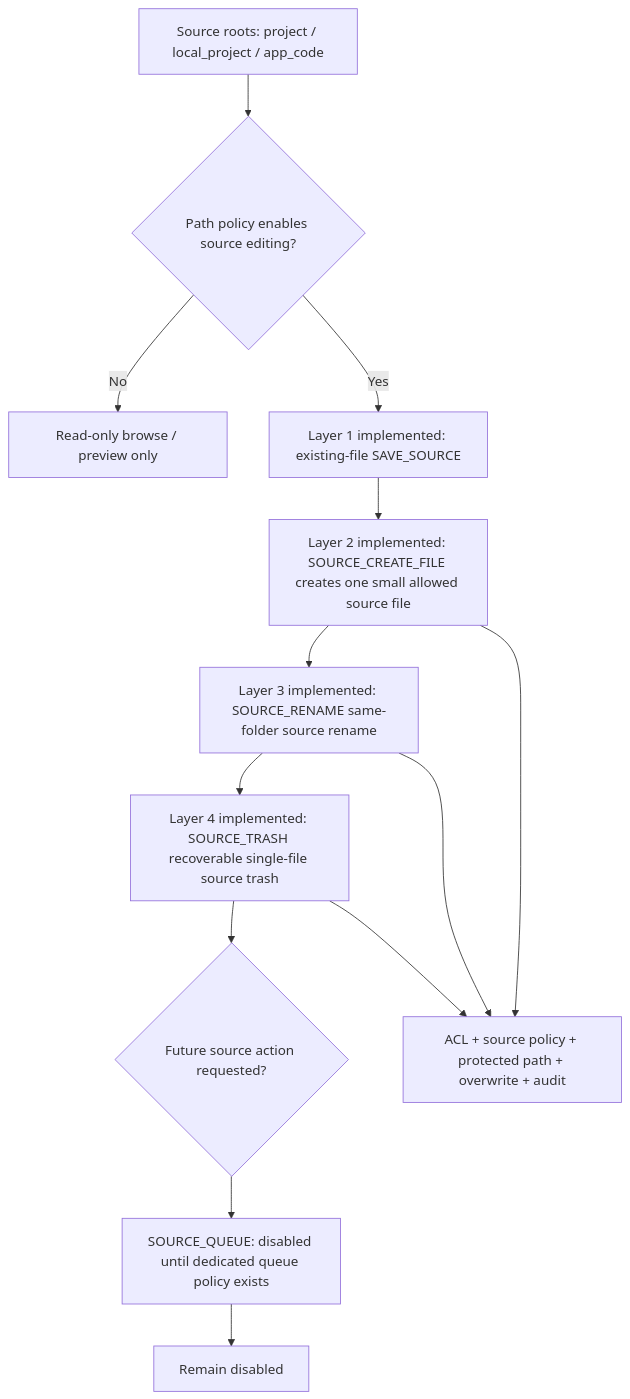
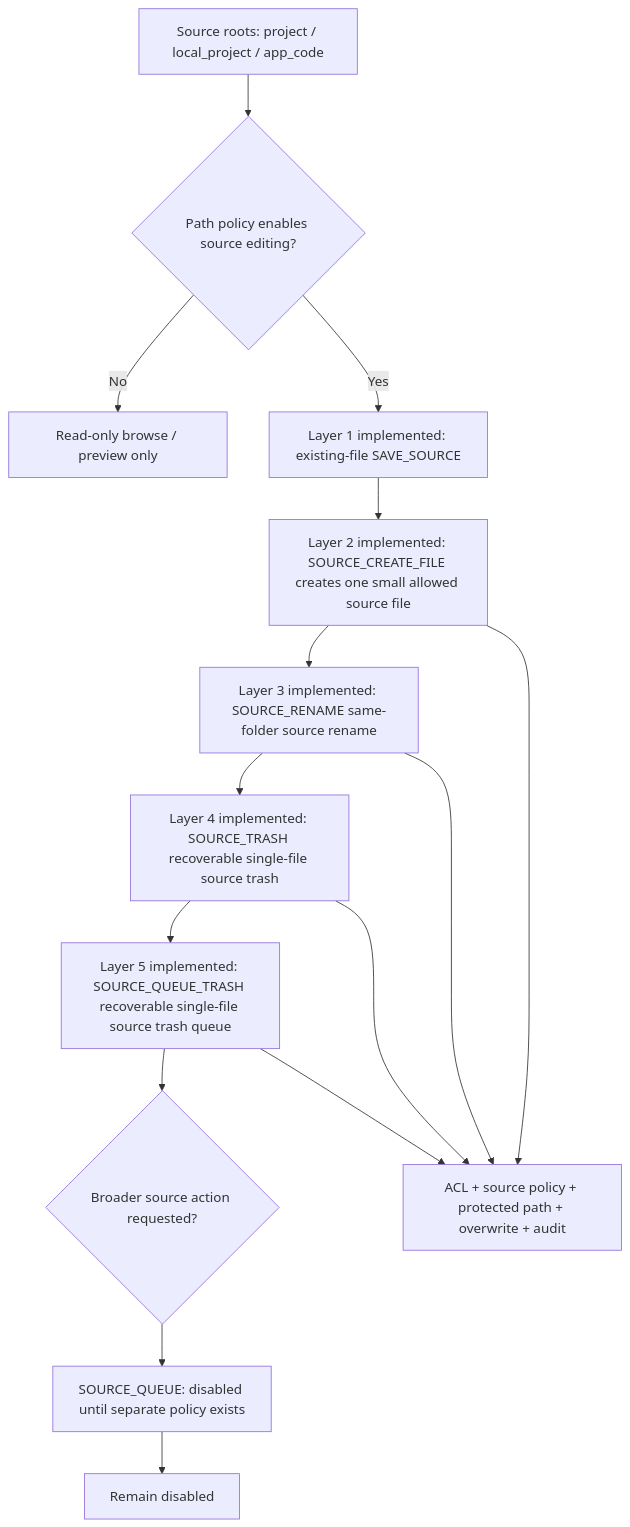
The seventh of 38 diagrams in app/code/Weline/Server/doc/wls-panel-plan/10-prototype.md (Aiweline/WelineFramework), drawn with Mermaid before and after one commit. The commit also changed other lines of this file and 6 other files, not shown here.

````diff
--- a/app/code/Weline/Server/doc/wls-panel-plan/10-prototype.md
+++ b/app/code/Weline/Server/doc/wls-panel-plan/10-prototype.md
@@ -524,15 +524,17 @@
 ```mermaid
 flowchart TD
   A["Source roots: project / local_project / app_code"] --> B{"Path policy enables source editing?"}
   B -->|No| C["Read-only browse / preview only"]
   B -->|Yes| D["Layer 1 implemented: existing-file SAVE_SOURCE"]
   D --> F["Layer 2 implemented: SOURCE_CREATE_FILE creates one small allowed source file"]
   F --> G["Layer 3 implemented: SOURCE_RENAME same-folder source rename"]
   G --> H["Layer 4 implemented: SOURCE_TRASH recoverable single-file source trash"]
-  H --> E{"Future source action requested?"}
-  E --> I["SOURCE_QUEUE: disabled until dedicated queue policy exists"]
+  H --> I["Layer 5 implemented: SOURCE_QUEUE_TRASH recoverable single-file source trash queue"]
+  I --> E{"Broader source action requested?"}
+  E --> L["SOURCE_QUEUE: disabled until separate policy exists"]
   F --> J["ACL + source policy + protected path + overwrite + audit"]
   G --> J
   H --> J
-  I --> K["Remain disabled"]
+  I --> J
+  L --> K["Remain disabled"]
 ```
````
